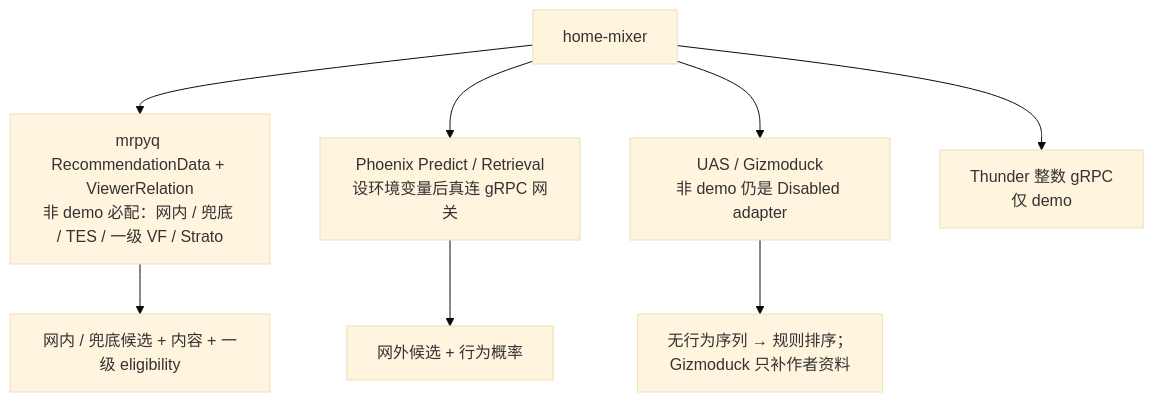
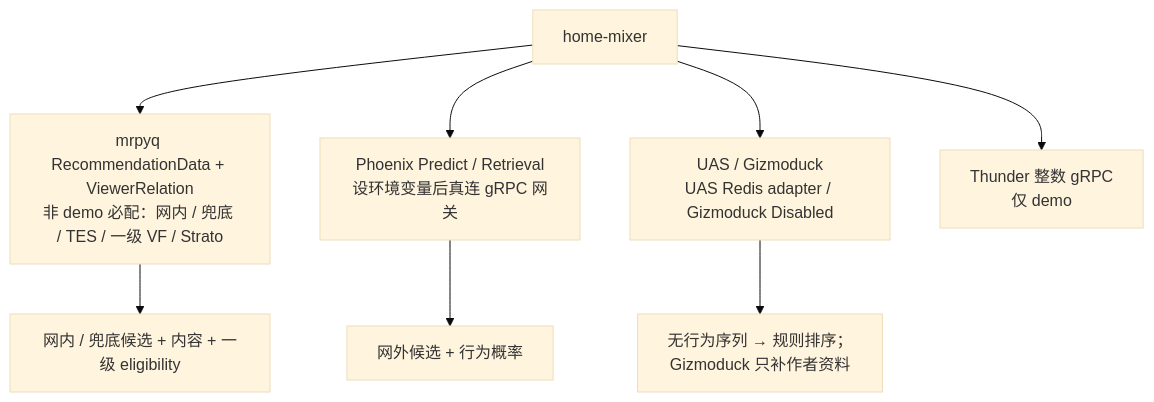
Before and after one commit to freefcw/x-algorithm: the third of 3 diagrams in docs/home-mixer/05-external-deps-and-contracts.md, drawn with Mermaid (base theme). The commit also changed other lines of this file and 12 other files, not shown here.

First line of the commit message:
docs: 同步 Redis UAS 投影与 uas-worker 合同

````diff
--- a/docs/home-mixer/05-external-deps-and-contracts.md
+++ b/docs/home-mixer/05-external-deps-and-contracts.md
@@ -203,10 +203,10 @@
 ```mermaid
 flowchart TD
     A["home-mixer"] --> M["mrpyq RecommendationData + ViewerRelation<br/>非 demo 必配：网内 / 兜底 / TES / 一级 VF / Strato"]
     A --> P["Phoenix Predict / Retrieval<br/>设环境变量后真连 gRPC 网关"]
-    A --> C["UAS / Gizmoduck<br/>非 demo 仍是 Disabled adapter"]
+    A --> C["UAS / Gizmoduck<br/>UAS Redis adapter / Gizmoduck Disabled"]
     A --> T["Thunder 整数 gRPC<br/>仅 demo"]
     M --> D["网内 / 兜底候选 + 内容 + 一级 eligibility"]
     P --> E["网外候选 + 行为概率"]
     C --> F["无行为序列 → 规则排序；<br/>Gizmoduck 只补作者资料"]
 ```
````
